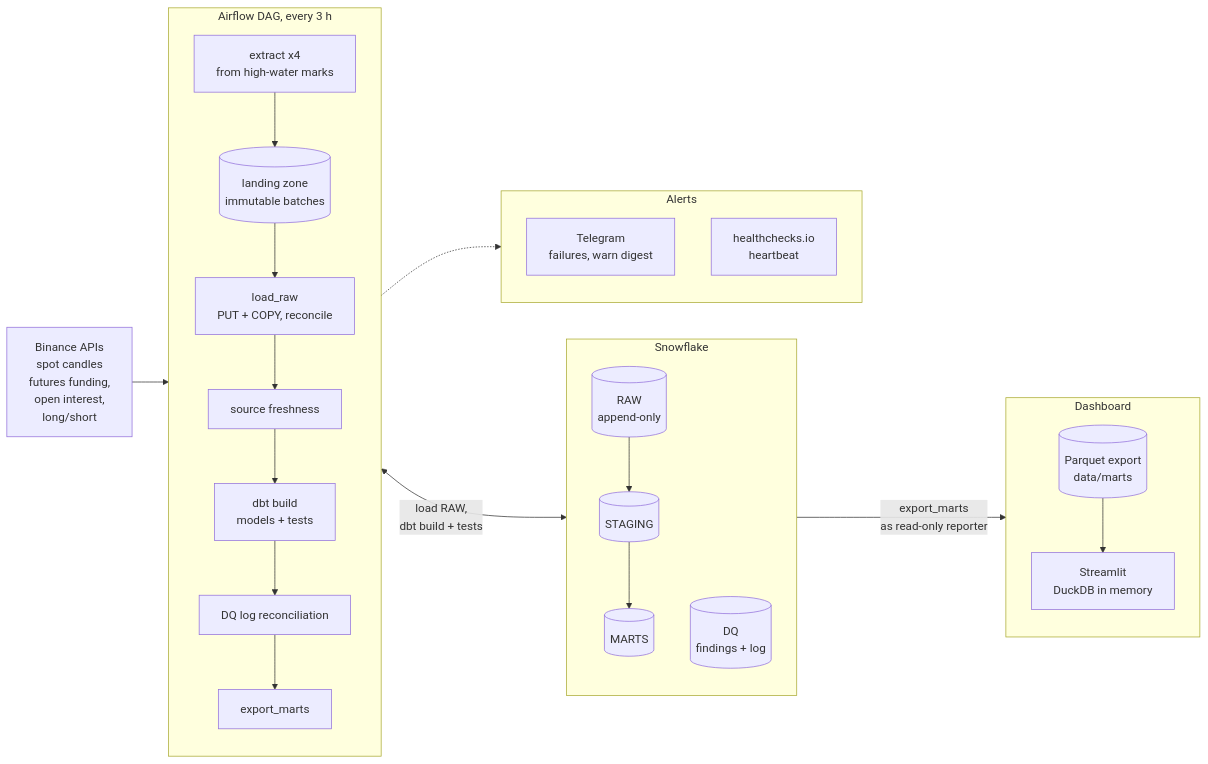
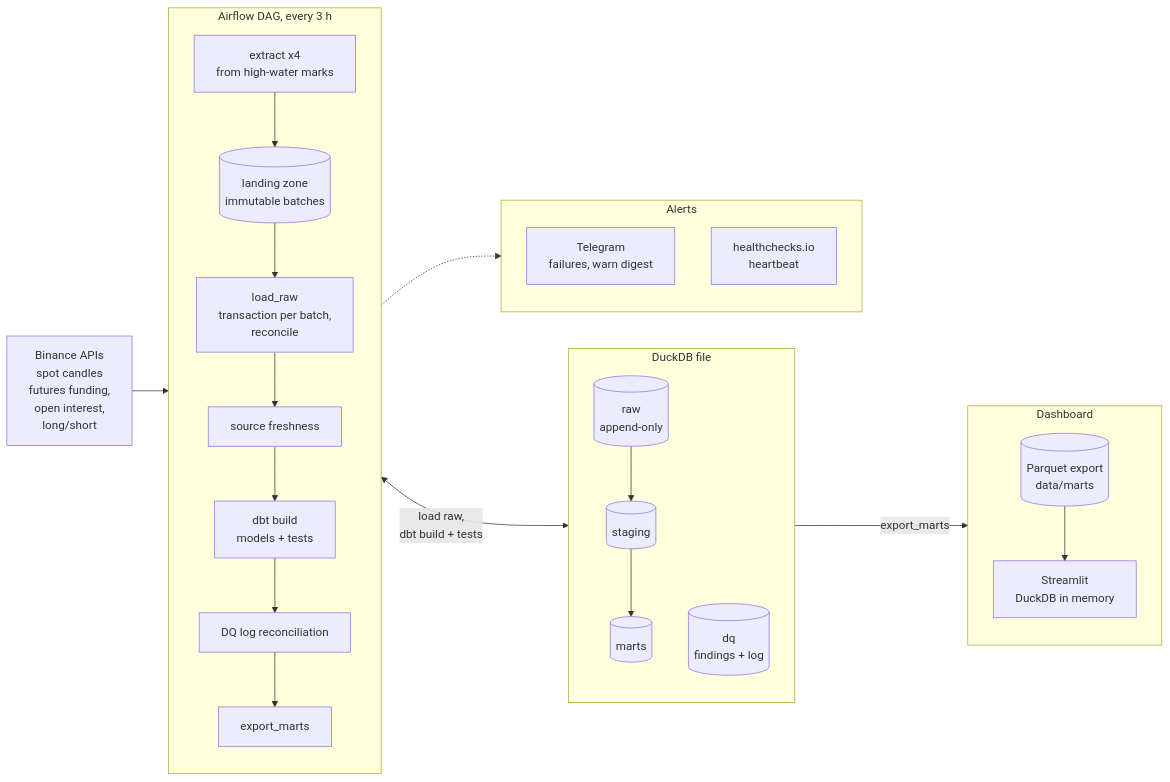
The diagram in README.md (avbakanin/crypto-market-dwh-duckdb), drawn with Mermaid before and after one commit. The commit also changed other lines of this file and 5 other files, not shown here.

````diff
--- a/README.md
+++ b/README.md
@@ -27,31 +30,31 @@
 ```mermaid
 flowchart LR
     api["Binance APIs<br/>spot candles<br/>futures funding,<br/>open interest,<br/>long/short"]
     subgraph dag["Airflow DAG, every 3 h"]
         direction TB
         ext["extract x4<br/>from high-water marks"] --> lz[("landing zone<br/>immutable batches")]
-        lz --> load["load_raw<br/>PUT + COPY, reconcile"]
+        lz --> load["load_raw<br/>transaction per batch,<br/>reconcile"]
         load --> fresh["source freshness"]
         fresh --> build["dbt build<br/>models + tests"]
         build --> rec["DQ log reconciliation"]
         rec --> exp["export_marts"]
     end
-    subgraph sf["Snowflake"]
+    subgraph wh["DuckDB file"]
         direction TB
-        raw[("RAW<br/>append-only")] --> stg[("STAGING")] --> marts[("MARTS")]
-        dq[("DQ<br/>findings + log")]
+        raw[("raw<br/>append-only")] --> stg[("staging")] --> marts[("marts")]
+        dq[("dq<br/>findings + log")]
     end
     subgraph out["Dashboard"]
         direction TB
         pq[("Parquet export<br/>data/marts")] --> dash["Streamlit<br/>DuckDB in memory"]
     end
     subgraph alerts["Alerts"]
         direction TB
         tg["Telegram<br/>failures, warn digest"]
         hc["healthchecks.io<br/>heartbeat"]
     end
     api --> dag
-    dag <-->|"load RAW,<br/>dbt build + tests"| sf
-    sf -->|"export_marts<br/>as read-only reporter"| out
+    dag <-->|"load raw,<br/>dbt build + tests"| wh
+    wh -->|"export_marts"| out
     dag -.-> alerts
 ```
````
